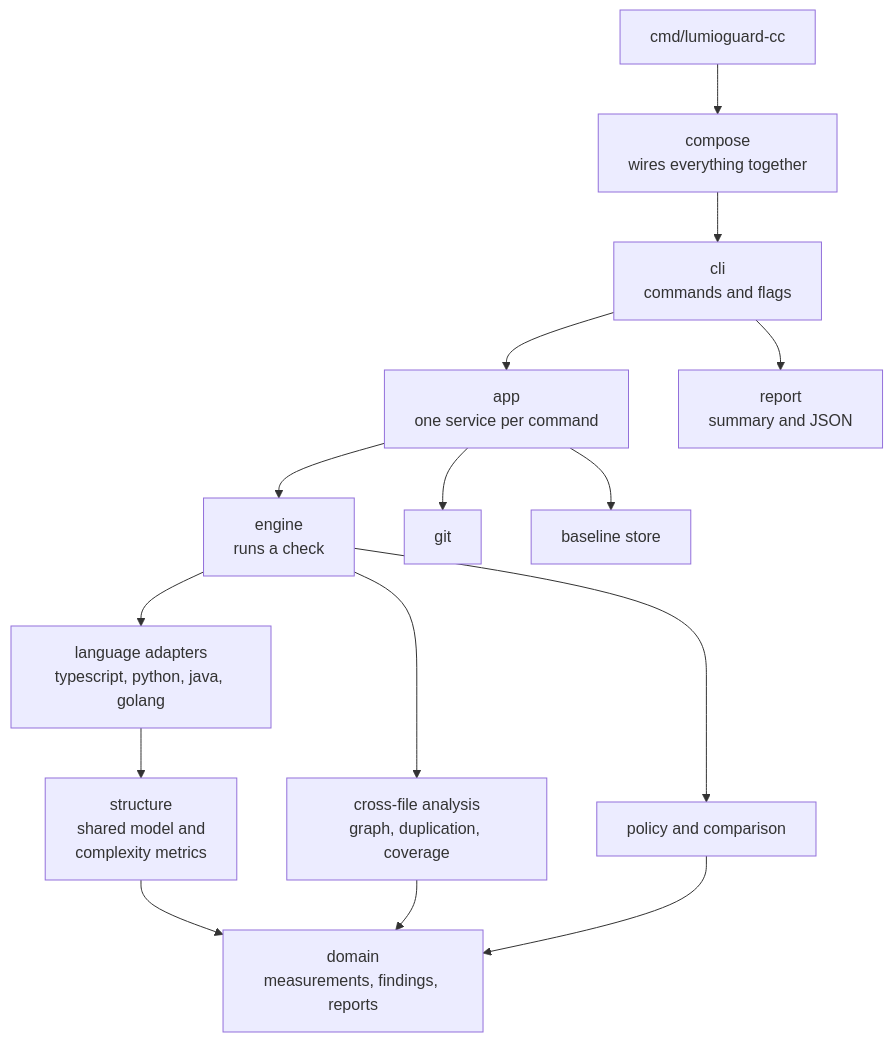
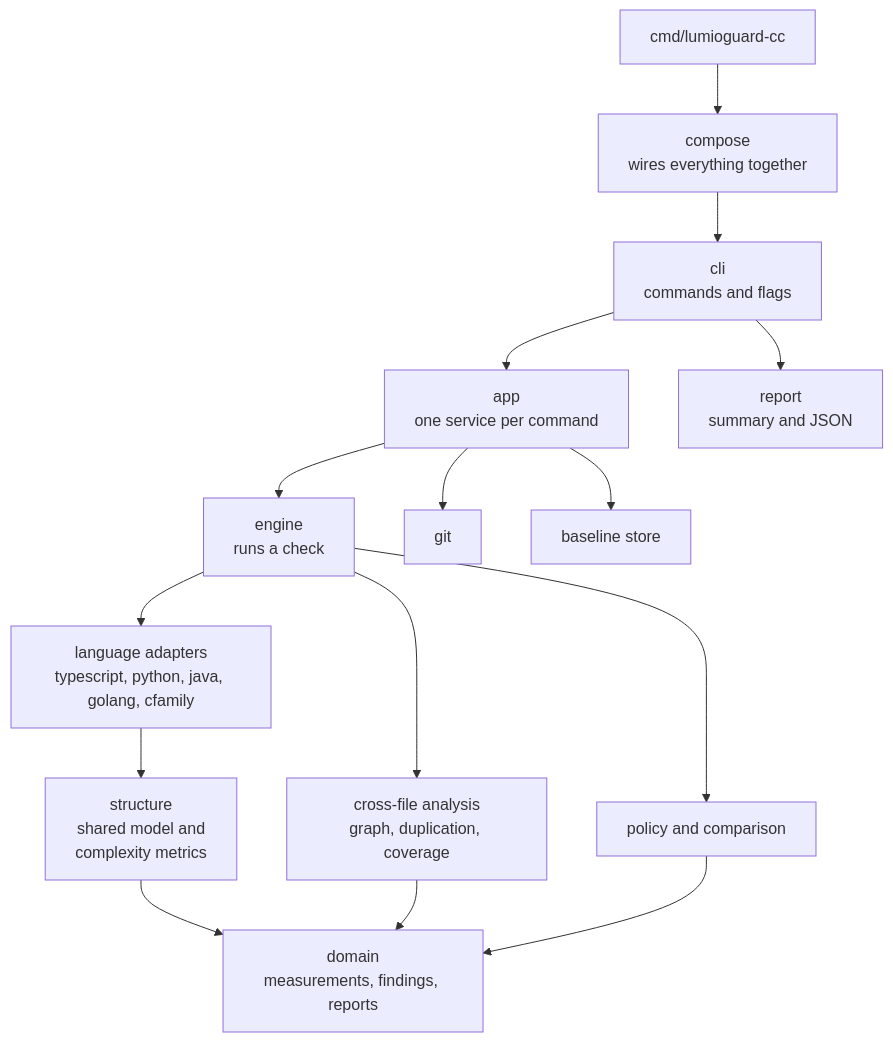
Before and after one commit to lumioguard/lumioguard-cc: the diagram in .documentations/contributing/development.md, drawn with Mermaid. The commit also changed other lines of this file and 46 other files, not shown here.

````diff
--- a/.documentations/contributing/development.md
+++ b/.documentations/contributing/development.md
@@ -80,17 +87,17 @@
 ```mermaid
 flowchart TD
     MAIN["cmd/lumioguard-cc"] --> COMPOSE["compose<br/>wires everything together"]
     COMPOSE --> CLI["cli<br/>commands and flags"]
     CLI --> APP["app<br/>one service per command"]
     CLI --> REPORT["report<br/>summary and JSON"]
     APP --> ENGINE["engine<br/>runs a check"]
     APP --> GIT["git"]
     APP --> BASELINE["baseline store"]
-    ENGINE --> ADAPTERS["language adapters<br/>typescript, python, java, golang"]
+    ENGINE --> ADAPTERS["language adapters<br/>typescript, python, java, golang, cfamily"]
     ADAPTERS --> STRUCTURE["structure<br/>shared model and<br/>complexity metrics"]
     ENGINE --> ANALYSIS["cross-file analysis<br/>graph, duplication, coverage"]
     ENGINE --> POLICY["policy and comparison"]
     STRUCTURE --> DOMAIN["domain<br/>measurements, findings, reports"]
     ANALYSIS --> DOMAIN
     POLICY --> DOMAIN
 ```
````
